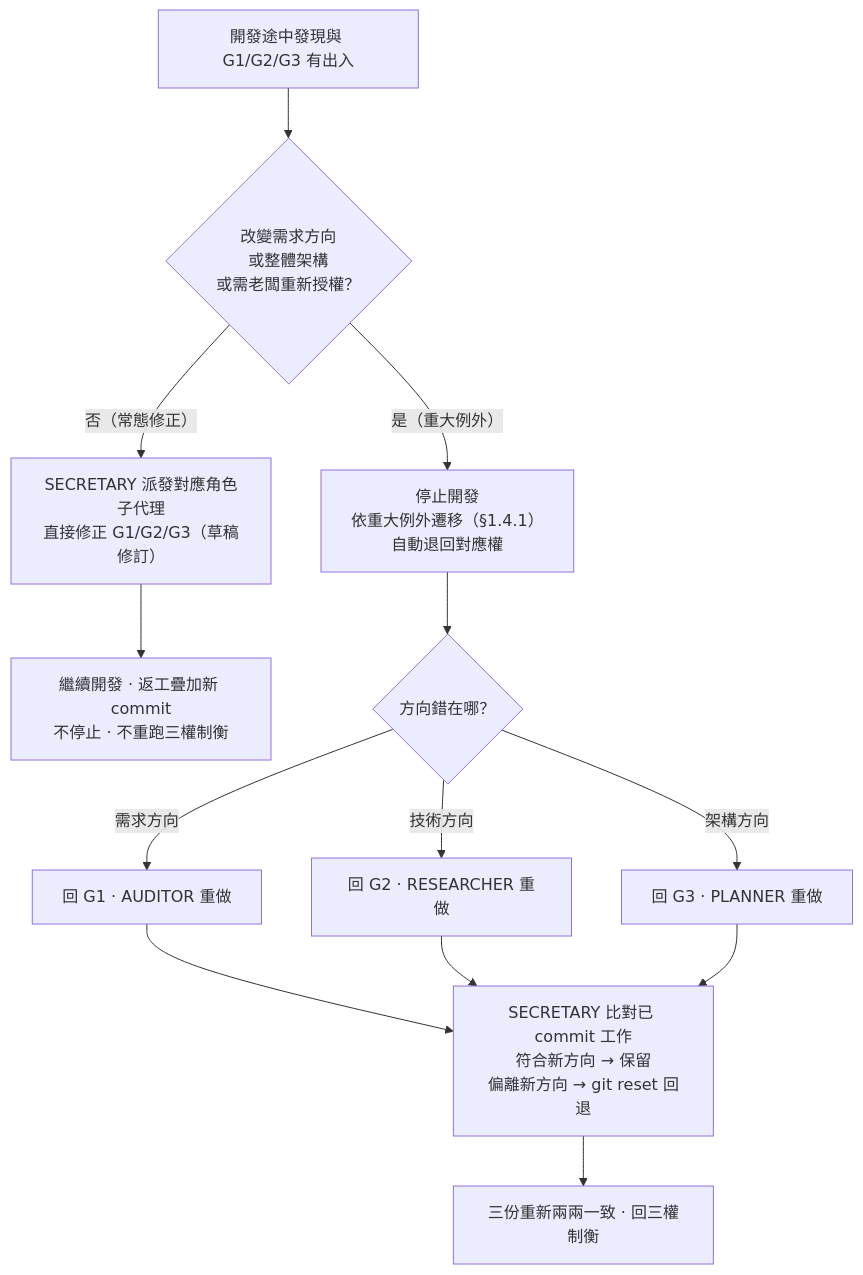
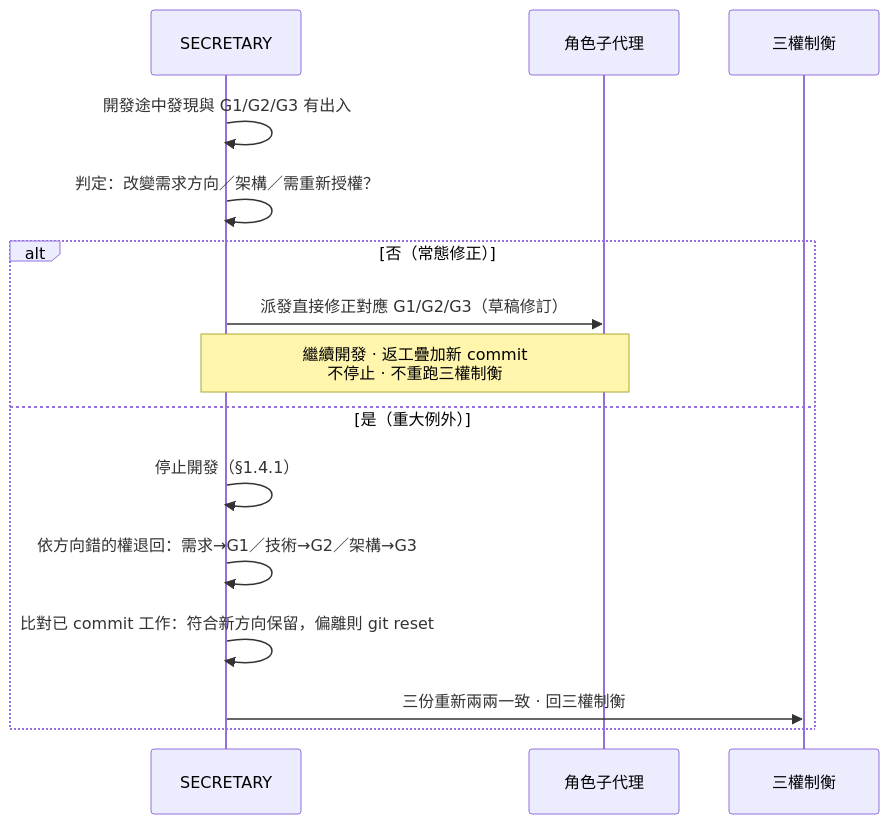
One commit to teps3105/shiftblame changed the second of 8 diagrams in skills/shiftblame/SKILL.md. Above: the diagram before and after it, drawn with Mermaid. The commit also changed other lines of this file and 13 other files, not shown here.

````diff
--- a/skills/shiftblame/SKILL.md
+++ b/skills/shiftblame/SKILL.md
@@ -84,16 +85,19 @@
    ```mermaid
-   flowchart TD
-       Issue[開發途中發現與 G1/G2/G3 有出入] --> Q{改變需求方向<br/>或整體架構<br/>或需老闆重新授權？}
-       Q -- "否（常態修正）" --> Normal["SECRETARY 派發對應角色子代理<br/>直接修正 G1/G2/G3（草稿修訂）"]
-       Normal --> Continue[繼續開發 · 返工疊加新 commit<br/>不停止 · 不重跑三權制衡]
-       Q -- "是（重大例外）" --> Major["停止開發<br/>依重大例外遷移（§1.4.1）<br/>自動退回對應權"]
-       Major --> Direction{方向錯在哪？}
-       Direction -- 需求方向 --> RG1["回 G1 · AUDITOR 重做"]
-       Direction -- 技術方向 --> RG2["回 G2 · RESEARCHER 重做"]
-       Direction -- 架構方向 --> RG3["回 G3 · PLANNER 重做"]
-       RG1 --> Reset
-       RG2 --> Reset
-       RG3 --> Reset
-       Reset["SECRETARY 比對已 commit 工作<br/>符合新方向 → 保留<br/>偏離新方向 → git reset 回退"]
-       Reset --> Reconsult[三份重新兩兩一致 · 回三權制衡]
+   sequenceDiagram
+        participant SEC as SECRETARY
+        participant Agent as 角色子代理
+        participant Consult as 三權制衡
+
+        SEC->>SEC: 開發途中發現與 G1/G2/G3 有出入
+        SEC->>SEC: 判定：改變需求方向／架構／需重新授權？
+
+        alt 否（常態修正）
+            SEC->>Agent: 派發直接修正對應 G1/G2/G3（草稿修訂）
+            Note over SEC,Agent: 繼續開發 · 返工疊加新 commit<br/>不停止 · 不重跑三權制衡
+        else 是（重大例外）
+            SEC->>SEC: 停止開發（§1.4.1）
+            SEC->>SEC: 依方向錯的權退回：需求→G1／技術→G2／架構→G3
+            SEC->>SEC: 比對已 commit 工作：符合新方向保留，偏離則 git reset
+            SEC->>Consult: 三份重新兩兩一致 · 回三權制衡
+        end
    ```
````
